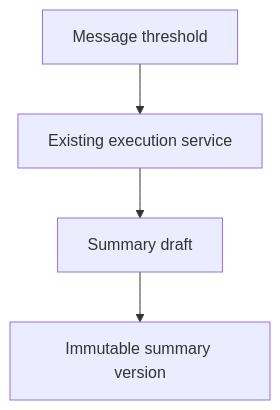
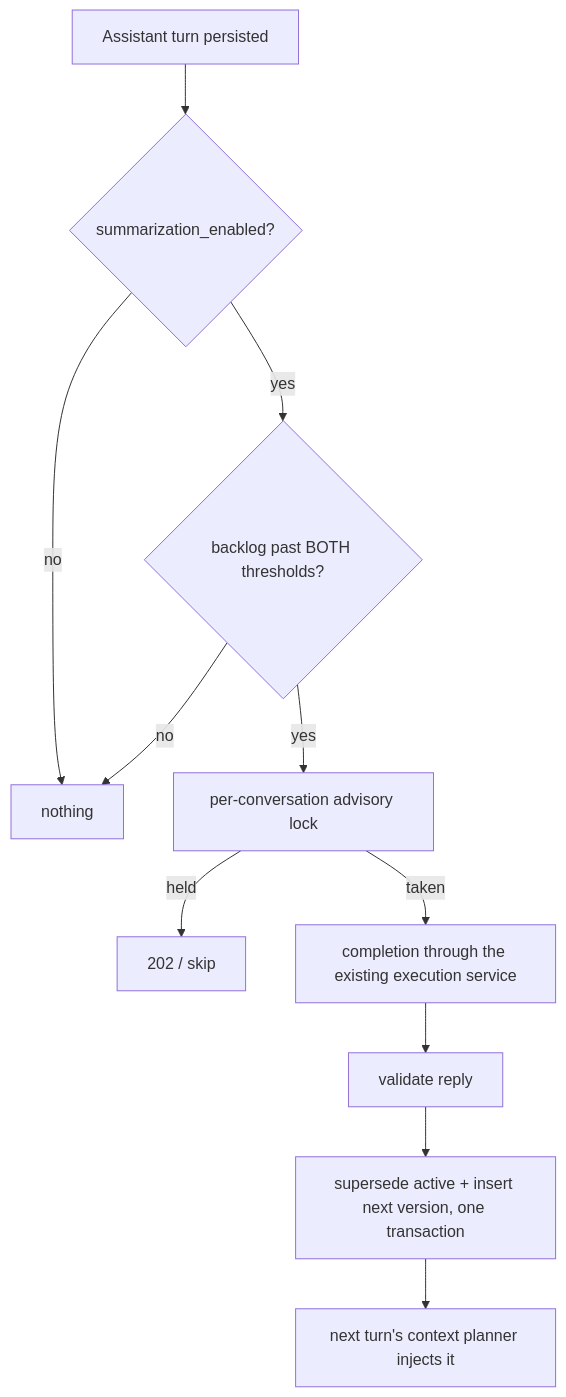
One commit to nurcahyo/moira changed the diagram in docs/conversation-summarization.md. Above: the diagram before and after it, drawn with Mermaid. The commit also changed other lines of this file and 22 other files, not shown here.

First line of the commit message:
plan 11 sub-phase E: conversation summarization — and a comment that was making an unverified claim (#52)

````diff
--- a/docs/conversation-summarization.md
+++ b/docs/conversation-summarization.md
@@ -5,6 +7,13 @@
 ```mermaid
 flowchart TD
-    A["Message threshold"] --> B["Existing execution service"]
-    B --> C["Summary draft"]
-    C --> D["Immutable summary version"]
+    A["Assistant turn persisted"] --> B{"summarization_enabled?"}
+    B -- no --> Z["nothing"]
+    B -- yes --> C{"backlog past BOTH thresholds?"}
+    C -- no --> Z
+    C -- yes --> D["per-conversation advisory lock"]
+    D -- held --> Z2["202 / skip"]
+    D -- taken --> E["completion through the existing execution service"]
+    E --> F["validate reply"]
+    F --> G["supersede active + insert next version, one transaction"]
+    G --> H["next turn's context planner injects it"]
 ```
````
